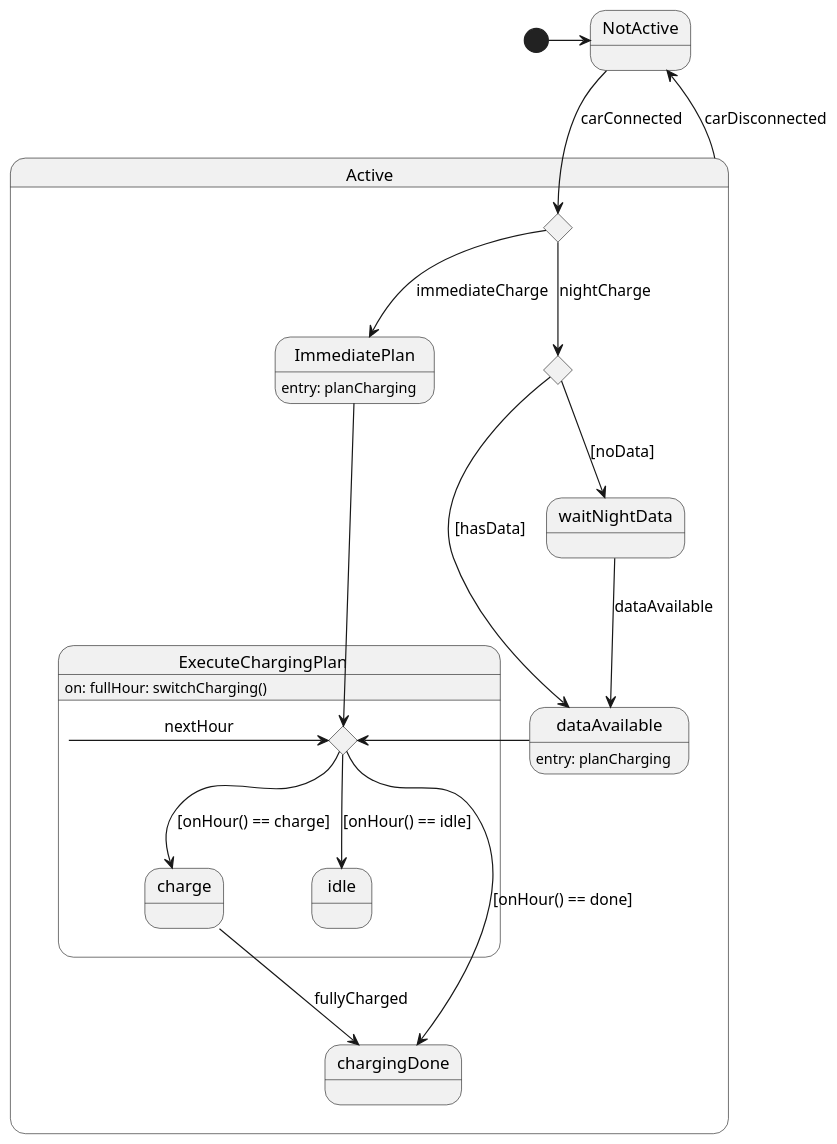
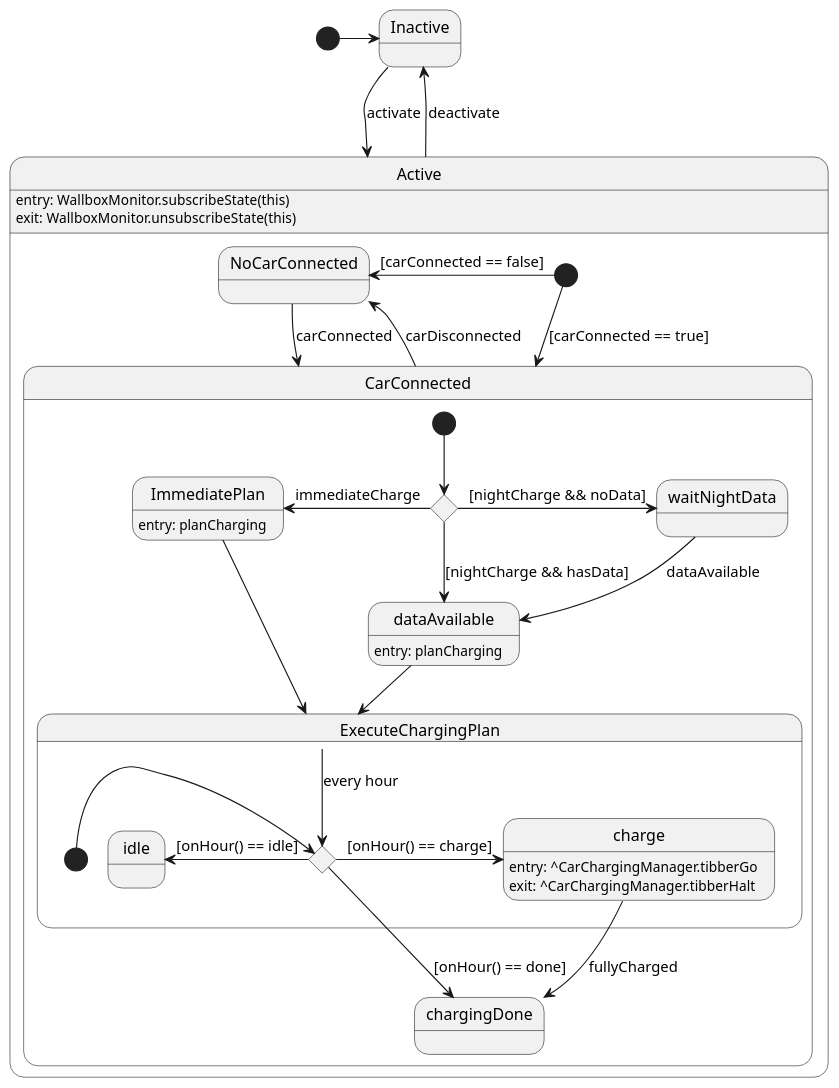
The diagram in src/main/groovy/de/geobe/energy/automation/TibberMonitor.puml (geobe/energyControl), drawn with PlantUML before and after one commit. The commit also changed 12 other files, not shown here.

```diff
--- a/src/main/groovy/de/geobe/energy/automation/TibberMonitor.puml
+++ b/src/main/groovy/de/geobe/energy/automation/TibberMonitor.puml
@@ -1,48 +1,64 @@
 @startuml
 'https://plantuml.com/state-diagram
 
 scale 850 width
-[*] -right-> na
+[*] -right-> inact
+state "Inactive" as inact
 
-state "NotActive" as na
+state "Active" as act {
+    act: entry: WallboxMonitor.subscribeState(this)
+    act: exit: WallboxMonitor.unsubscribeState(this)
 
-state "Active" as ac {
+    state "NoCarConnected" as nocar
 
-    state when <<choice>>
+    state "CarConnected" as carcon {
 
-    state "ImmediatePlan" as dp {
-        dp: entry: planCharging
+        state when <<choice>>
+
+        state "ImmediatePlan" as imp {
+            imp: entry: planCharging
+        }
+
+        state "waitNightData" as wd
+        state "dataAvailable" as da
+            da: entry: planCharging
+        wd --> da : dataAvailable
+
+        state "ExecuteChargingPlan" as xc {
+'            xc: entry: this.^nextHour
+'            xc: every hour: this.^nextHour
+            state isch <<choice>>
+            state "charge" as ch
+                ch: entry: ^CarChargingManager.tibberGo
+                ch: exit: ^CarChargingManager.tibberHalt
+            state "idle" as id
+
+            isch -right-> ch : [onHour() == charge]
+            isch -left-> id : [onHour() == idle]
+            xc -d-> isch : every hour
+            [*] -r-> isch
+        }
+
+        state "chargingDone" as done
+
+        [*] --> when
+        isch -down-> done : [onHour() == done]
+
     }
-
-    state isav <<choice>>
-    state "waitNightData" as wd
-    state "dataAvailable" as da
-        da: entry: planCharging
-    isav --> wd : [noData]
-    isav --> da : [hasData]
-    wd --> da : dataAvailable
-
-    state "ExecuteChargingPlan" as xc {
-        xc: on: fullHour: switchCharging()
-        state isch <<choice>>
-        state "charge" as ch
-        state "idle" as id
-        xc -left-> isch : nextHour
-    }
-
-    state "chargingDone" as done
-
-    isch --> ch : [onHour() == charge]
-    isch --> id : [onHour() == idle]
-    isch --> done : [onHour() == done]
+    [*] -left-> nocar : [carConnected == false]
+    [*] --> carcon  : [carConnected == true]
+    nocar -down-> carcon : carConnected
 
 }
-na --> when : carConnected
-when --> dp : immediateCharge
-when --> isav : nightCharge
-dp --> isch
-da -right-> isch
-ac --> na : carDisconnected
-ch --> done : fullyCharged
+when -left-> imp : immediateCharge
+when -right-> wd : [nightCharge && noData]
+when --> da : [nightCharge && hasData]
+da -down-> xc
+imp --> xc
+carcon --> nocar : carDisconnected
+ch -d-> done : fullyCharged
+inact -down-> act : activate
+act -up-> inact : deactivate
+'xc -down-> xc : every Hour
 
 @enduml
```
